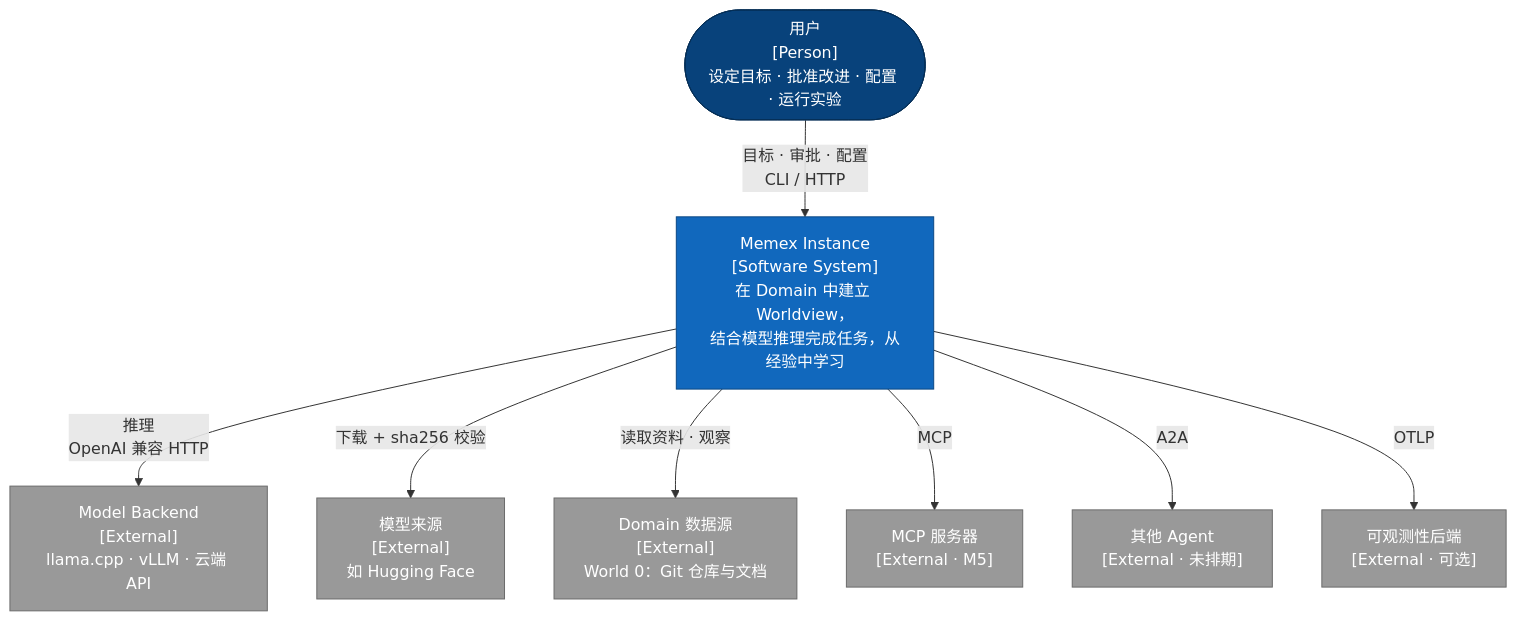
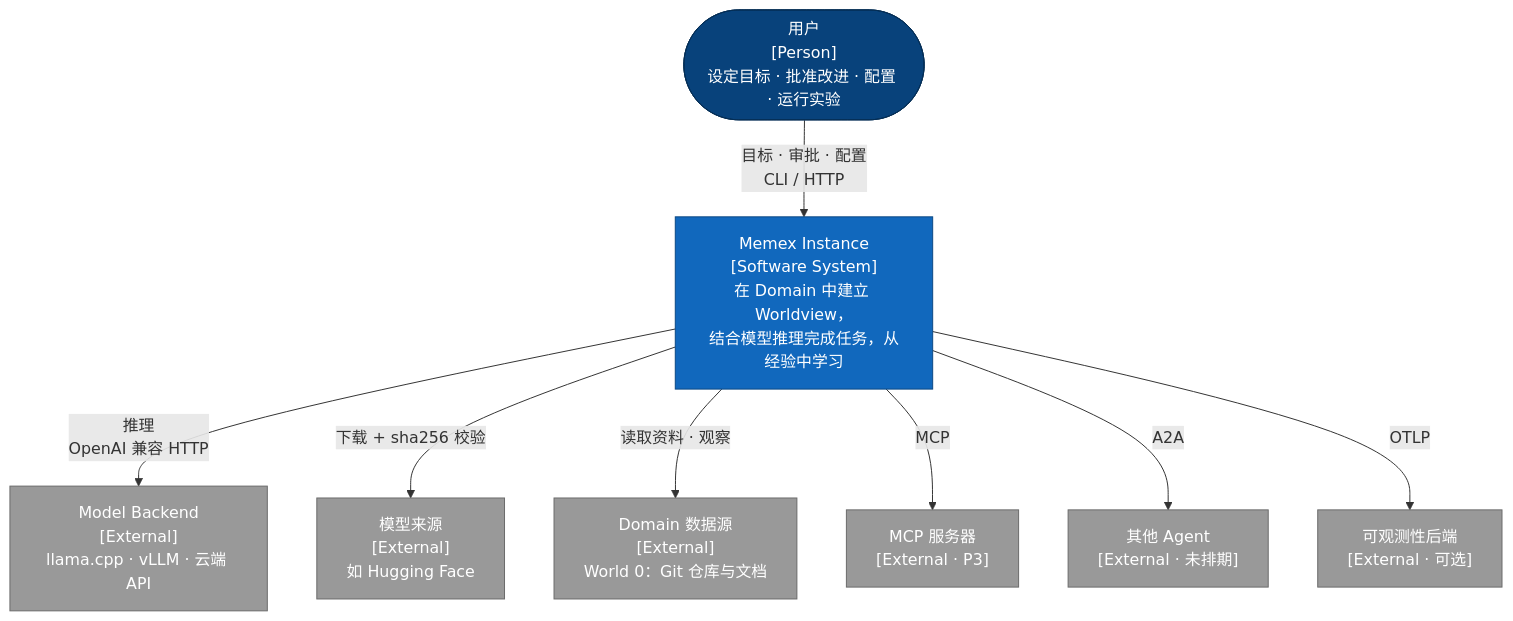
Before and after one commit to ClydeShen/memex: the first of 4 diagrams in docs/architecture/c4.md, drawn with Mermaid. The commit also changed other lines of this file and 13 other files, not shown here.

````diff
--- a/docs/architecture/c4.md
+++ b/docs/architecture/c4.md
@@ -15,26 +15,26 @@
 ```mermaid
 flowchart TB
   user(["用户<br/>[Person]<br/>设定目标 · 批准改进 · 配置 · 运行实验"])
   memex["Memex Instance<br/>[Software System]<br/>在 Domain 中建立 Worldview，<br/>结合模型推理完成任务，从经验中学习"]
   backend["Model Backend<br/>[External]<br/>llama.cpp · vLLM · 云端 API"]
   modelsrc["模型来源<br/>[External]<br/>如 Hugging Face"]
   domain["Domain 数据源<br/>[External]<br/>World 0：Git 仓库与文档"]
-  mcp["MCP 服务器<br/>[External · M5]"]
+  mcp["MCP 服务器<br/>[External · P3]"]
   agents["其他 Agent<br/>[External · 未排期]"]
   otel["可观测性后端<br/>[External · 可选]"]
 
   user -->|"目标 · 审批 · 配置<br/>CLI / HTTP"| memex
   memex -->|"推理<br/>OpenAI 兼容 HTTP"| backend
   memex -->|"下载 + sha256 校验"| modelsrc
   memex -->|"读取资料 · 观察"| domain
   memex -->|MCP| mcp
   memex -->|A2A| agents
   memex -->|OTLP| otel
 
   classDef person fill:#08427b,color:#fff,stroke:#052e56
   classDef system fill:#1168bd,color:#fff,stroke:#0b4884
   classDef ext fill:#999,color:#fff,stroke:#6b6b6b
-  class user person
+  class user,dev person
   class memex system
   class backend,modelsrc,domain,mcp,agents,otel ext
 ```
````
